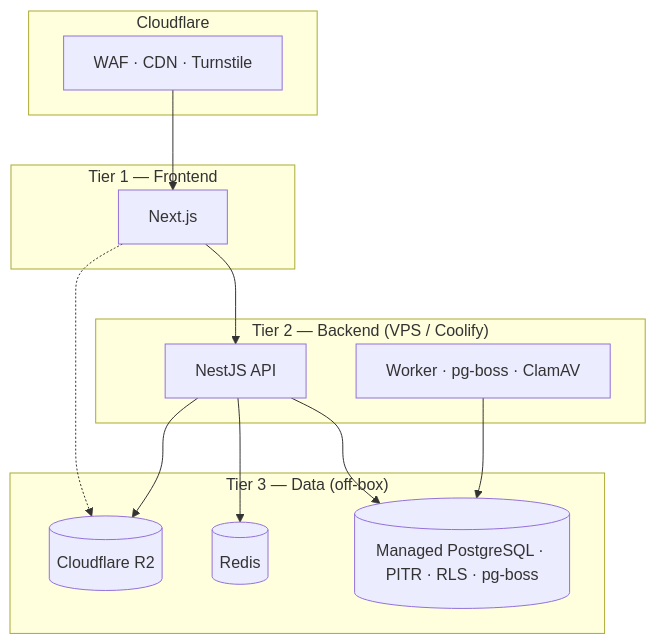
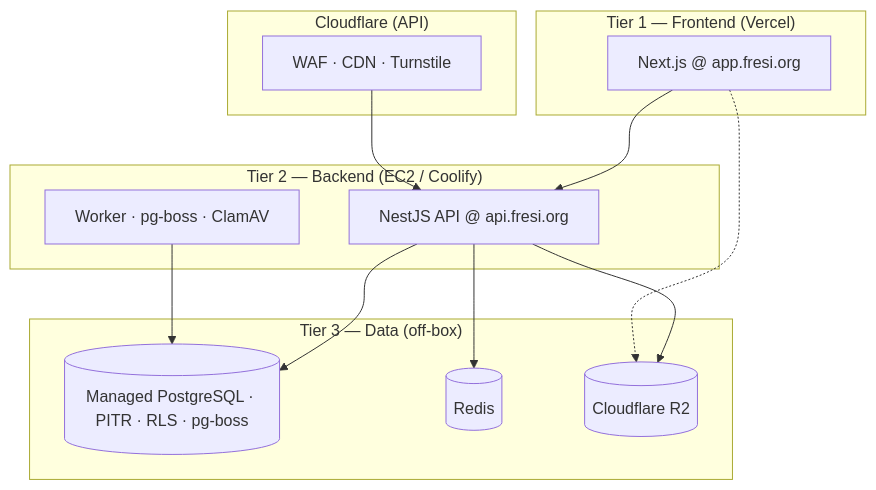
One commit to AyushBalyan/OpenConferences changed diagram 12 of 13 in docs/SYSTEM_DESIGN.md. Above: the diagram before and after it, drawn with Mermaid. The commit also changed other lines of this file and 106 other files, not shown here.

First line of the commit message:
feat: refactor dashboard UX and add author join token flow

````diff
--- a/docs/SYSTEM_DESIGN.md
+++ b/docs/SYSTEM_DESIGN.md
@@ -1367,26 +1373,26 @@
 ```mermaid
 graph TD
-  subgraph Edge["Cloudflare"]
+  subgraph Edge["Cloudflare (API)"]
     CF[WAF · CDN · Turnstile]
   end
-  subgraph T1["Tier 1 — Frontend"]
-    WEB[Next.js]
+  subgraph T1["Tier 1 — Frontend (Vercel)"]
+    WEB[Next.js @ app.fresi.org]
   end
-  subgraph T2["Tier 2 — Backend (VPS / Coolify)"]
-    API[NestJS API]
+  subgraph T2["Tier 2 — Backend (EC2 / Coolify)"]
+    API[NestJS API @ api.fresi.org]
     WK[Worker · pg-boss · ClamAV]
   end
   subgraph T3["Tier 3 — Data (off-box)"]
     DB[(Managed PostgreSQL · PITR · RLS · pg-boss)]
     RD[(Redis)]
     R2[(Cloudflare R2)]
   end
 
-  CF --> WEB
   WEB --> API
+  CF --> API
   API --> DB
   API --> RD
   WK --> DB
   API --> R2
   WEB -.-> R2
 ```
````
